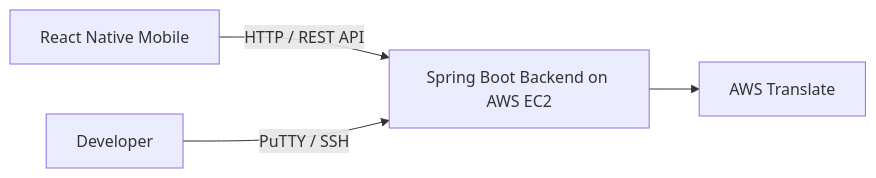
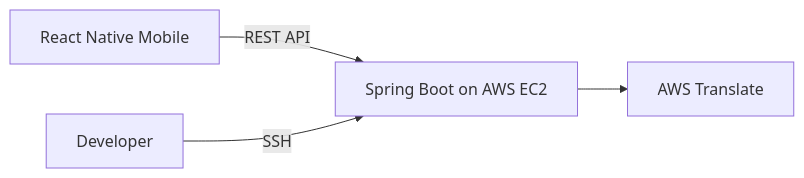
The third of 4 diagrams in README.md (minjuko/transmate), drawn with Mermaid before and after one commit. The commit also changed other lines of this file and 3 other files, not shown here.

````diff
--- a/README.md
+++ b/README.md
@@ -135,6 +103,6 @@
 ```mermaid
 flowchart LR
-    M[React Native Mobile] -->|HTTP / REST API| B[Spring Boot Backend on AWS EC2]
+    M[React Native Mobile] -->|REST API| B[Spring Boot on AWS EC2]
     B --> T[AWS Translate]
-    D[Developer] -->|PuTTY / SSH| B
+    D[Developer] -->|SSH| B
 ```
````
